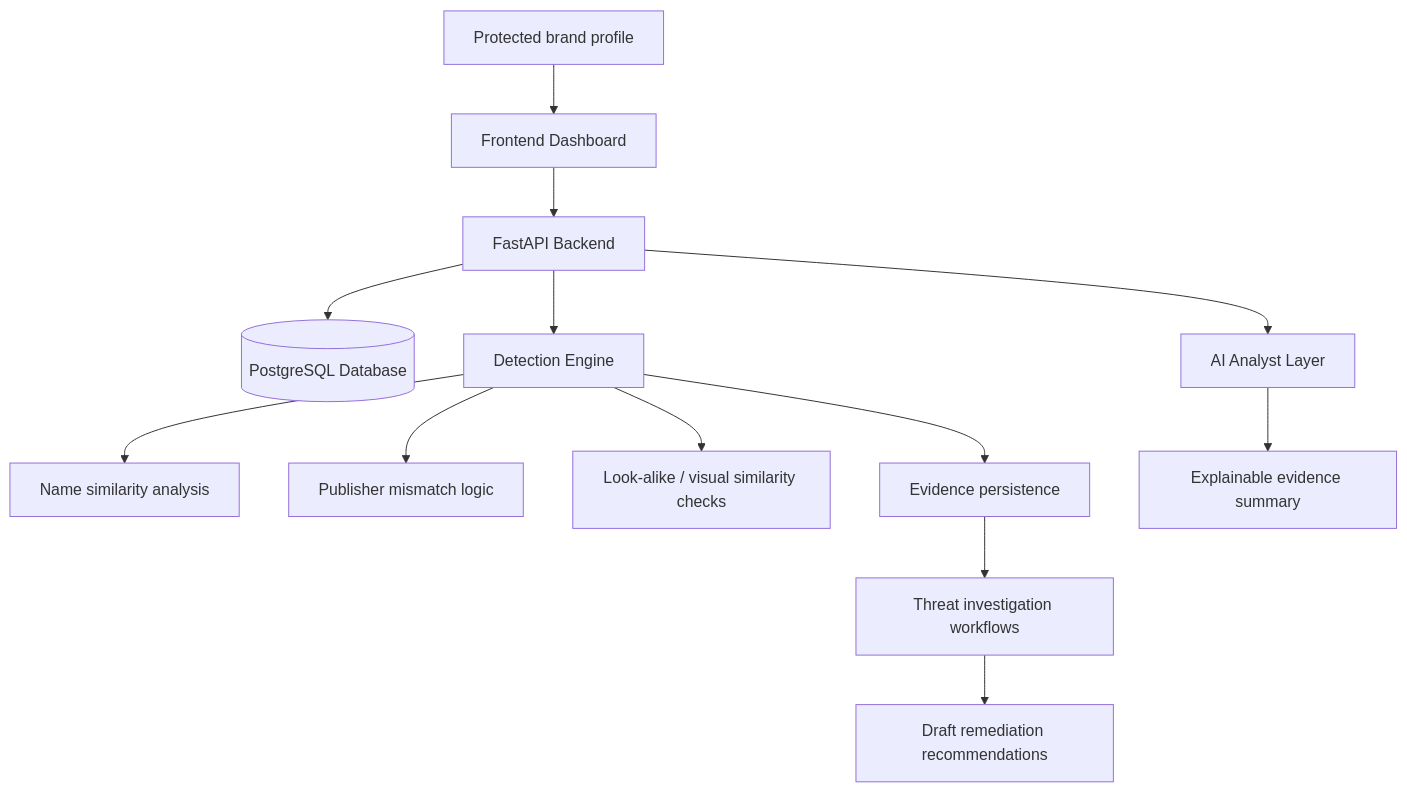
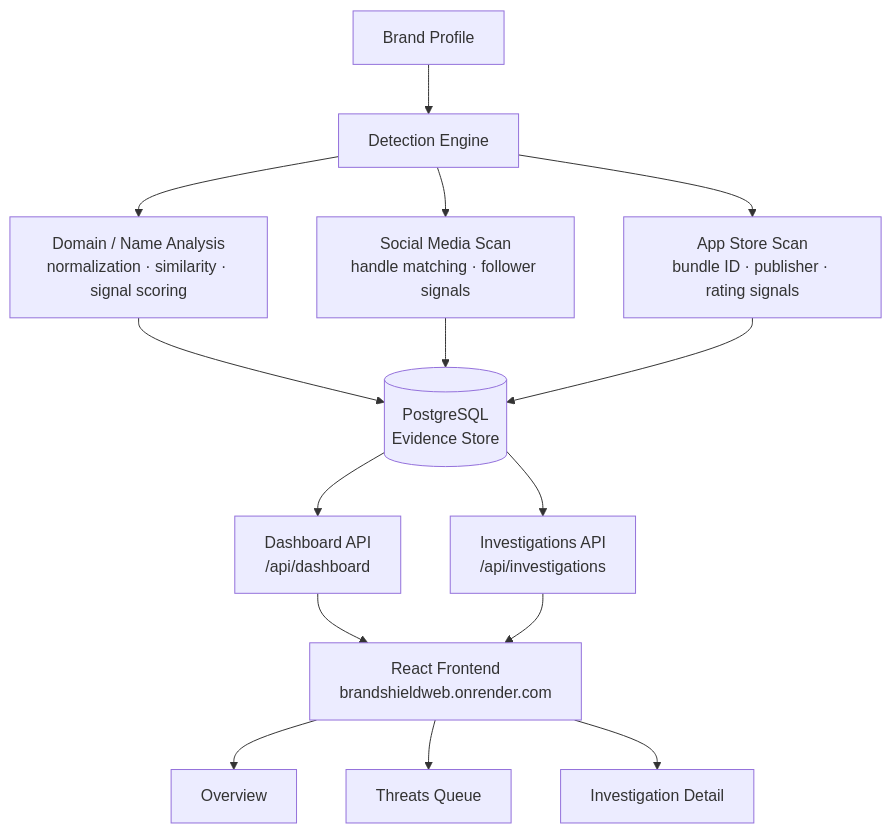
The first of 2 diagrams in README.md (Ram0kr0singh/BrandShieldWEB), drawn with Mermaid before and after one commit. The commit also changed other lines of this file, not shown here.

````diff
--- a/README.md
+++ b/README.md
@@ -103,15 +32,22 @@
 ```mermaid
 flowchart TD
-    A[Protected brand profile] --> B[Frontend Dashboard]
-    B --> C[FastAPI Backend]
-    C --> D[(PostgreSQL Database)]
-    C --> E[Detection Engine]
-    E --> F[Name similarity analysis]
-    E --> G[Publisher mismatch logic]
-    E --> H[Look-alike / visual similarity checks]
-    E --> I[Evidence persistence]
-    I --> J[Threat investigation workflows]
-    J --> K[Draft remediation recommendations]
-    C --> L[AI Analyst Layer]
-    L --> M[Explainable evidence summary]
+    A[Brand Profile] --> B[Detection Engine]
+
+    B --> C[Domain / Name Analysis\nnormalization · similarity · signal scoring]
+    B --> D[Social Media Scan\nhandle matching · follower signals]
+    B --> E[App Store Scan\nbundle ID · publisher · rating signals]
+
+    C --> F[(PostgreSQL\nEvidence Store)]
+    D --> F
+    E --> F
+
+    F --> G[Dashboard API\n/api/dashboard]
+    F --> H[Investigations API\n/api/investigations]
+
+    G --> I[React Frontend\nbrandshieldweb.onrender.com]
+    H --> I
+
+    I --> J[Overview]
+    I --> K[Threats Queue]
+    I --> L[Investigation Detail]
 ```
````
